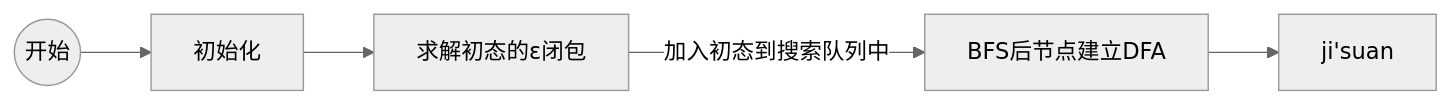
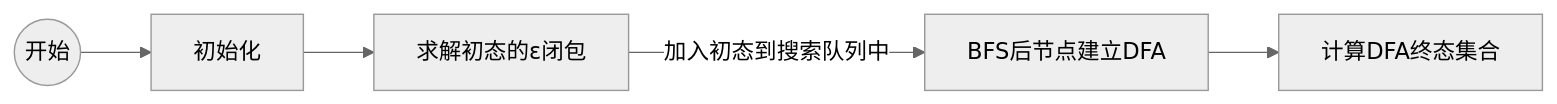
The eighth of 9 diagrams in R2Lexer/readme.md (Lyuyk/Compile-Principle-Course-Labs), drawn with Mermaid (neutral theme) before and after one commit. The commit also changed 1 other file, not shown here.

Commit message:
更新任务1、2说明

````diff
--- a/R2Lexer/readme.md
+++ b/R2Lexer/readme.md
@@ -154,4 +154,4 @@
 ```mermaid
 flowchart LR
-s((开始))-->初始化-->求解初态的ɛ闭包--加入初态到搜索队列中-->BFS后节点建立DFA-->ji'suan
+s((开始))-->初始化-->求解初态的ɛ闭包--加入初态到搜索队列中-->BFS后节点建立DFA-->计算DFA终态集合
 ```
````
